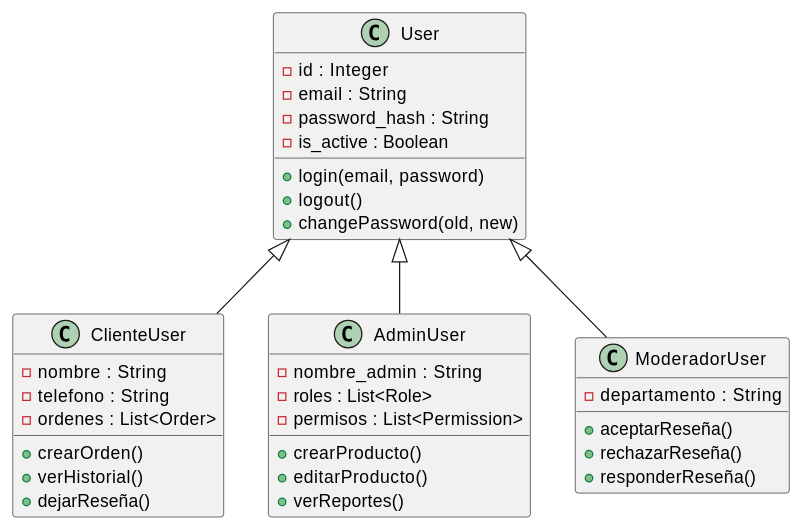
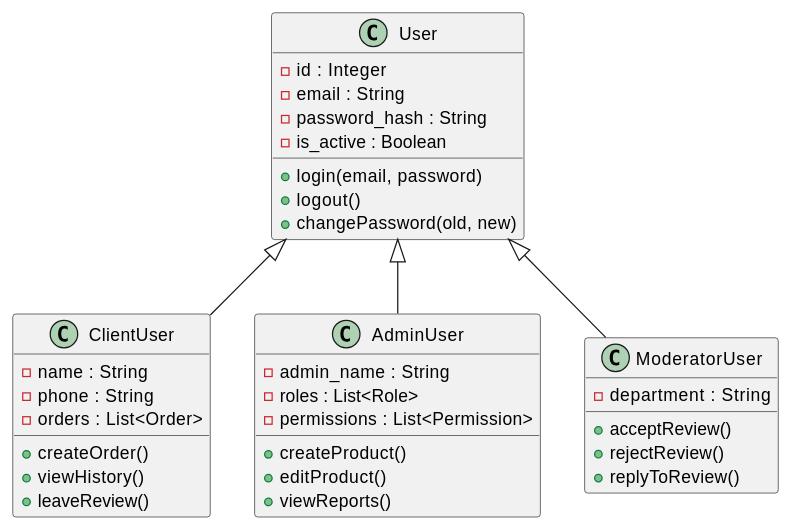
One commit to jcg-admin/IACT-docs changed the first of 7 diagrams in source/normativa/estandares/metodologia-oop-para-ucs.rst. Above: the diagram before and after it, drawn with PlantUML. The commit also changed other lines of this file and 1 other file, not shown here.

First paragraph of the commit message:
Translate identifiers in metodologia-*-ucs.rst (B-A partial)
Pioneer batch of WP spanish-class-names-corpus-audit.

```diff
--- a/source/normativa/estandares/metodologia-oop-para-ucs.rst
+++ b/source/normativa/estandares/metodologia-oop-para-ucs.rst
@@ -129,43 +129,43 @@
 .. uml::
 
    @startuml
 
    class User {
      - id : Integer
      - email : String
      - password_hash : String
      - is_active : Boolean
      + login(email, password)
      + logout()
      + changePassword(old, new)
    }
 
-   class ClienteUser {
-     - nombre : String
-     - telefono : String
-     - ordenes : List<Order>
-     + crearOrden()
-     + verHistorial()
-     + dejarReseña()
+   class ClientUser {
+     - name : String
+     - phone : String
+     - orders : List<Order>
+     + createOrder()
+     + viewHistory()
+     + leaveReview()
    }
 
    class AdminUser {
-     - nombre_admin : String
+     - admin_name : String
      - roles : List<Role>
-     - permisos : List<Permission>
-     + crearProducto()
-     + editarProducto()
-     + verReportes()
+     - permissions : List<Permission>
+     + createProduct()
+     + editProduct()
+     + viewReports()
    }
 
-   class ModeradorUser {
-     - departamento : String
-     + aceptarReseña()
-     + rechazarReseña()
-     + responderReseña()
+   class ModeratorUser {
+     - department : String
+     + acceptReview()
+     + rejectReview()
+     + replyToReview()
    }
 
-   User <|-- ClienteUser
+   User <|-- ClientUser
    User <|-- AdminUser
-   User <|-- ModeradorUser
+   User <|-- ModeratorUser
    @enduml
```
